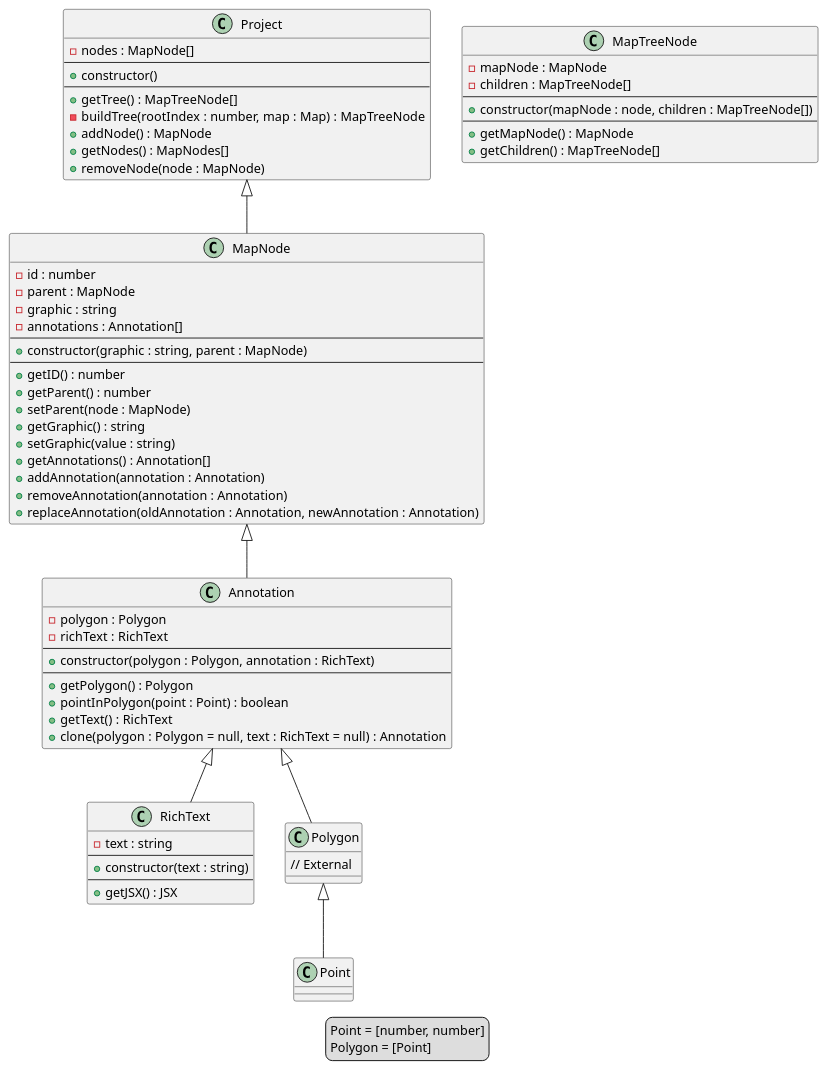
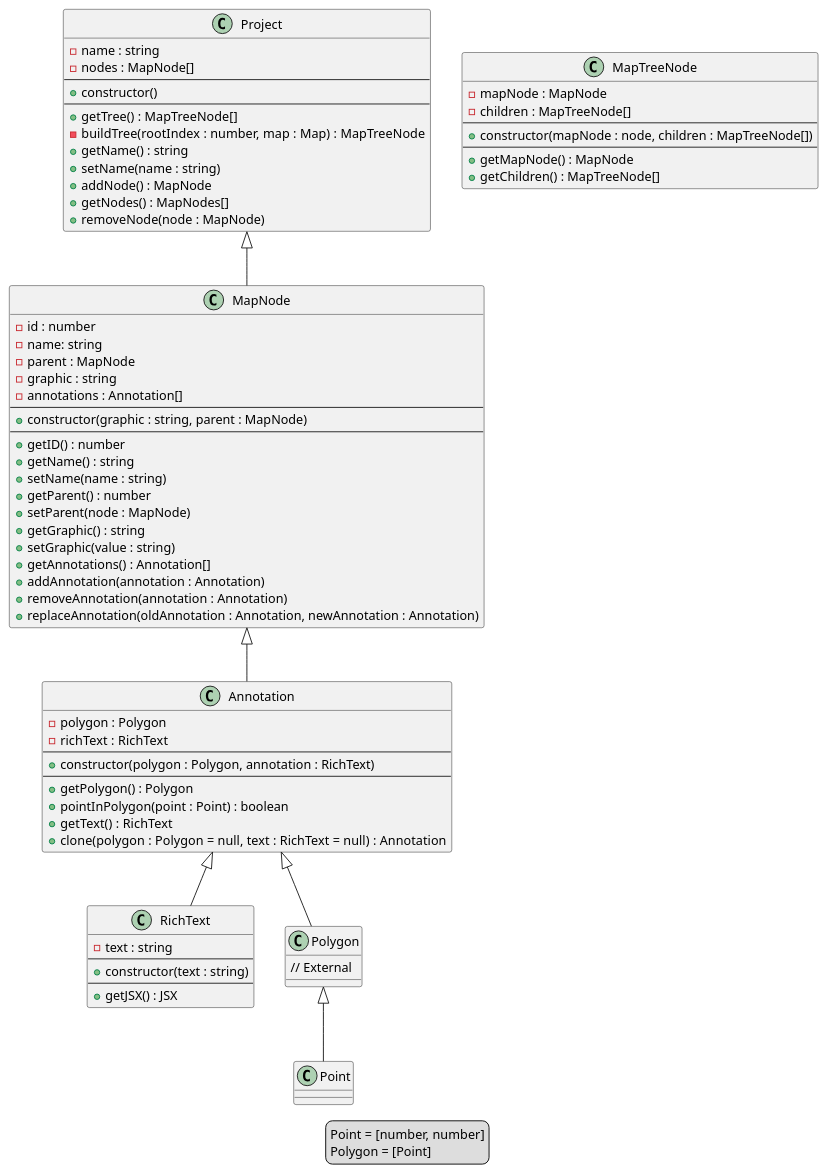
One commit to CriusNyx/annotated-map changed the diagram in frontend/documentation/runtimeDataStructures.puml. Above: the diagram before and after it, drawn with PlantUML. The commit also changed 20 other files, not shown here.

Commit message:
feat(api-impelementation): implemented graphql api

```diff
--- a/frontend/documentation/runtimeDataStructures.puml
+++ b/frontend/documentation/runtimeDataStructures.puml
@@ -1,79 +1,85 @@
 @startuml DataStructures
 
 class Project{
+    - name : string
     - nodes : MapNode[]
     --
     + constructor()
     --
     + getTree() : MapTreeNode[]
     - buildTree(rootIndex : number, map : Map) : MapTreeNode
+    + getName() : string
+    + setName(name : string)
     + addNode() : MapNode
     + getNodes() : MapNodes[]
     + removeNode(node : MapNode)
 }
 
 class MapTreeNode{
     - mapNode : MapNode
     - children : MapTreeNode[]
     --
     + constructor(mapNode : node, children : MapTreeNode[])
     --
     + getMapNode() : MapNode
     + getChildren() : MapTreeNode[]
 }
 
 class MapNode{
     - id : number
+    - name: string
     - parent : MapNode
     - graphic : string
     - annotations : Annotation[]
     --
     + constructor(graphic : string, parent : MapNode)
     --
     + getID() : number
+    + getName() : string
+    + setName(name : string)
     + getParent() : number
     + setParent(node : MapNode)
     + getGraphic() : string
     + setGraphic(value : string)
     + getAnnotations() : Annotation[]
     + addAnnotation(annotation : Annotation)
     + removeAnnotation(annotation : Annotation)
     + replaceAnnotation(oldAnnotation : Annotation, newAnnotation : Annotation)
 }
 
 class Annotation{
     - polygon : Polygon
     - richText : RichText
     --
     + constructor(polygon : Polygon, annotation : RichText)
     --
     + getPolygon() : Polygon
     + pointInPolygon(point : Point) : boolean
     + getText() : RichText
     + clone(polygon : Polygon = null, text : RichText  = null) : Annotation
 }
 
 class RichText{
     - text : string
     --
     + constructor(text : string)
     --
     + getJSX() : JSX
 }
 
 class Polygon{
     // External
 }
 
 Project <|-- MapNode
     MapNode <|-- Annotation
         Annotation <|-- RichText
         Annotation <|-- Polygon
             Polygon <|-- Point
 
 legend
 Point = ~[number, number~]
 Polygon = ~[Point~]
 endlegend
 
 @enduml
```
